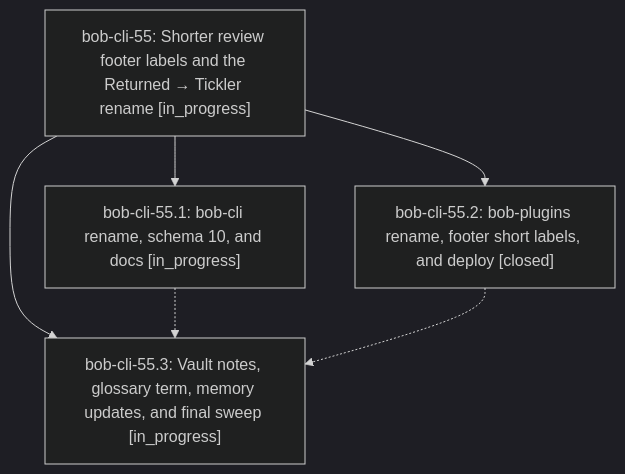
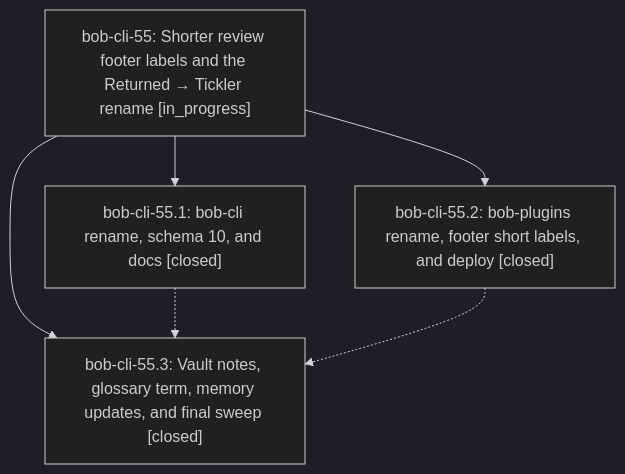
One commit to bobs-org/bob-cli--beads changed the diagram in pages/bob-cli-55/README.md. Above: the diagram before and after it, drawn with Mermaid (dark theme). The commit also changed other lines of this file and 3 other files, not shown here.

First line of the commit message:
chore(beads): sync bead state and pages for bob-cli-55

````diff
--- a/pages/bob-cli-55/README.md
+++ b/pages/bob-cli-55/README.md
@@ -24,12 +24,12 @@
 ```mermaid
 flowchart TD
     n0["bob-cli-55: Shorter review footer labels and the Returned → Tickler rename [in_progress]"]
-    n1["bob-cli-55.1: bob-cli rename, schema 10, and docs [in_progress]"]
+    n1["bob-cli-55.1: bob-cli rename, schema 10, and docs [closed]"]
     n2["bob-cli-55.2: bob-plugins rename, footer short labels, and deploy [closed]"]
-    n3["bob-cli-55.3: Vault notes, glossary term, memory updates, and final sweep [in_progress]"]
+    n3["bob-cli-55.3: Vault notes, glossary term, memory updates, and final sweep [closed]"]
     n0 --> n1
     n0 --> n2
     n0 --> n3
     n1 -.-> n3
     n2 -.-> n3
 ```
````
